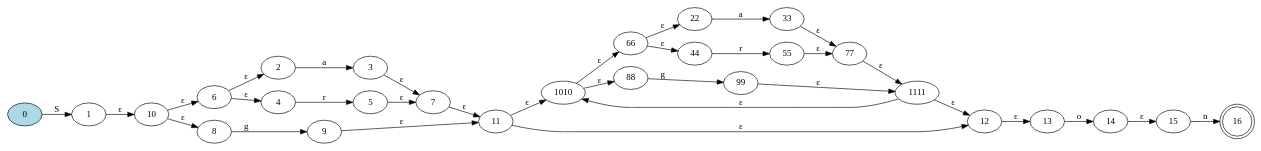
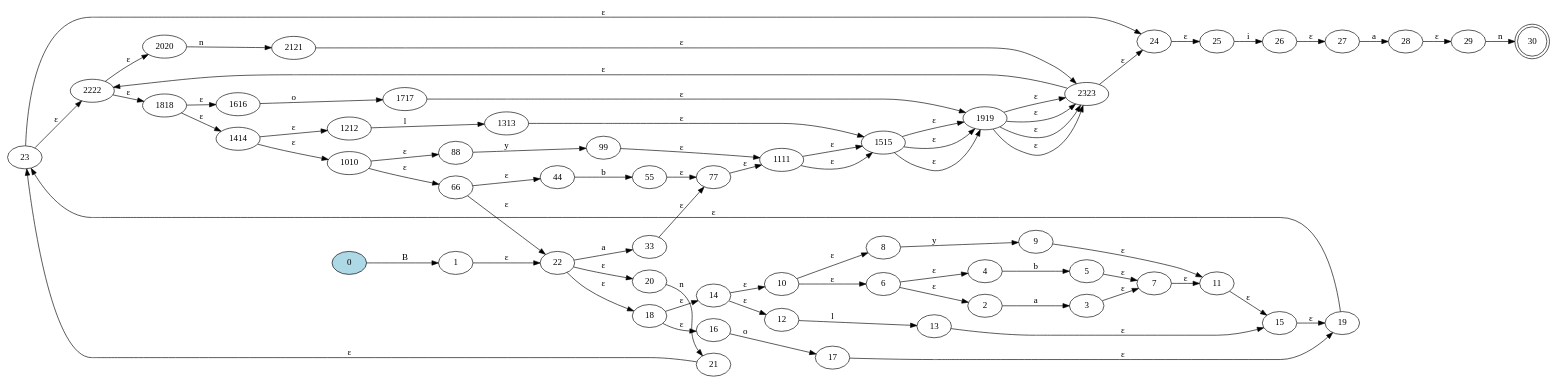
The diagram in NDFA.dot (Daniel-Sima/Clone-of-the-egrep-UNIX-command), drawn with Graphviz before and after one commit. The commit also changed 16 other files, not shown here.

```diff
--- a/NDFA.dot
+++ b/NDFA.dot
@@ -1,39 +1,77 @@
 digraph {
 	rankdir=LR;
 
-	16 [shape=doublecircle]
+	30 [shape=doublecircle]
 	0 [style=filled, fillcolor="lightblue"]
 
-	0->1 [label= "S"];
+	0->1 [label= "B"];
 	2->3 [label= "a"];
-	4->5 [label= "r"];
+	4->5 [label= "b"];
 	6->2 [label= "ε"];
 	6->4 [label= "ε"];
 	3->7 [label= "ε"];
 	5->7 [label= "ε"];
-	8->9 [label= "g"];
+	8->9 [label= "y"];
 	10->6 [label= "ε"];
 	10->8 [label= "ε"];
 	7->11 [label= "ε"];
 	9->11 [label= "ε"];
+	12->13 [label= "l"];
+	14->10 [label= "ε"];
+	14->12 [label= "ε"];
+	11->15 [label= "ε"];
+	13->15 [label= "ε"];
+	16->17 [label= "o"];
+	18->14 [label= "ε"];
+	18->16 [label= "ε"];
+	15->19 [label= "ε"];
+	17->19 [label= "ε"];
+	20->21 [label= "n"];
+	22->18 [label= "ε"];
+	22->20 [label= "ε"];
+	19->23 [label= "ε"];
+	21->23 [label= "ε"];
+	2222->1818 [label= "ε"];
+	2222->2020 [label= "ε"];
+	1818->1414 [label= "ε"];
+	1818->1616 [label= "ε"];
+	2020->2121 [label= "n"];
+	1414->1010 [label= "ε"];
+	1414->1212 [label= "ε"];
+	1616->1717 [label= "o"];
+	2121->2323 [label= "ε"];
 	1010->66 [label= "ε"];
 	1010->88 [label= "ε"];
+	1212->1313 [label= "l"];
+	1717->1919 [label= "ε"];
 	66->22 [label= "ε"];
 	66->44 [label= "ε"];
-	88->99 [label= "g"];
+	88->99 [label= "y"];
+	1313->1515 [label= "ε"];
+	1919->2323 [label= "ε"];
 	22->33 [label= "a"];
-	44->55 [label= "r"];
+	44->55 [label= "b"];
 	99->1111 [label= "ε"];
+	1515->1919 [label= "ε"];
 	33->77 [label= "ε"];
 	55->77 [label= "ε"];
+	1111->1515 [label= "ε"];
+	1919->2323 [label= "ε"];
 	77->1111 [label= "ε"];
-	11->1010 [label= "ε"];
-	1111->1010 [label= "ε"];
-	11->12 [label= "ε"];
-	1111->12 [label= "ε"];
-	1->10 [label= "ε"];
-	13->14 [label= "o"];
-	12->13 [label= "ε"];
-	15->16 [label= "n"];
-	14->15 [label= "ε"];
+	1515->1919 [label= "ε"];
+	1111->1515 [label= "ε"];
+	1919->2323 [label= "ε"];
+	1515->1919 [label= "ε"];
+	1919->2323 [label= "ε"];
+	23->2222 [label= "ε"];
+	2323->2222 [label= "ε"];
+	23->24 [label= "ε"];
+	2323->24 [label= "ε"];
+	1->22 [label= "ε"];
+	25->26 [label= "i"];
+	24->25 [label= "ε"];
+	27->28 [label= "a"];
+	26->27 [label= "ε"];
+	29->30 [label= "n"];
+	28->29 [label= "ε"];
 }
```
